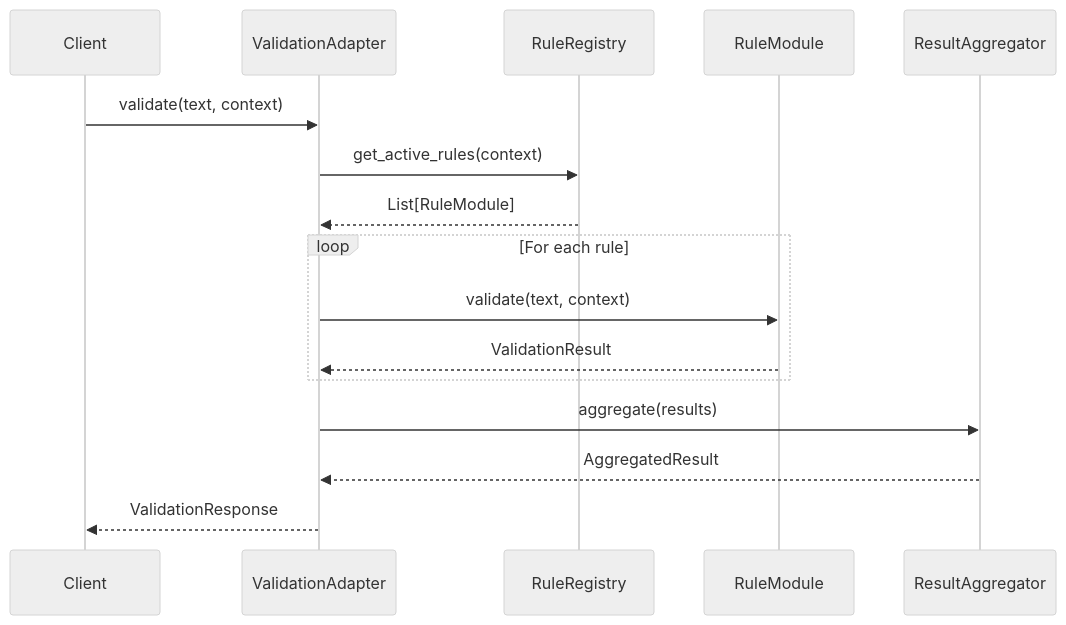
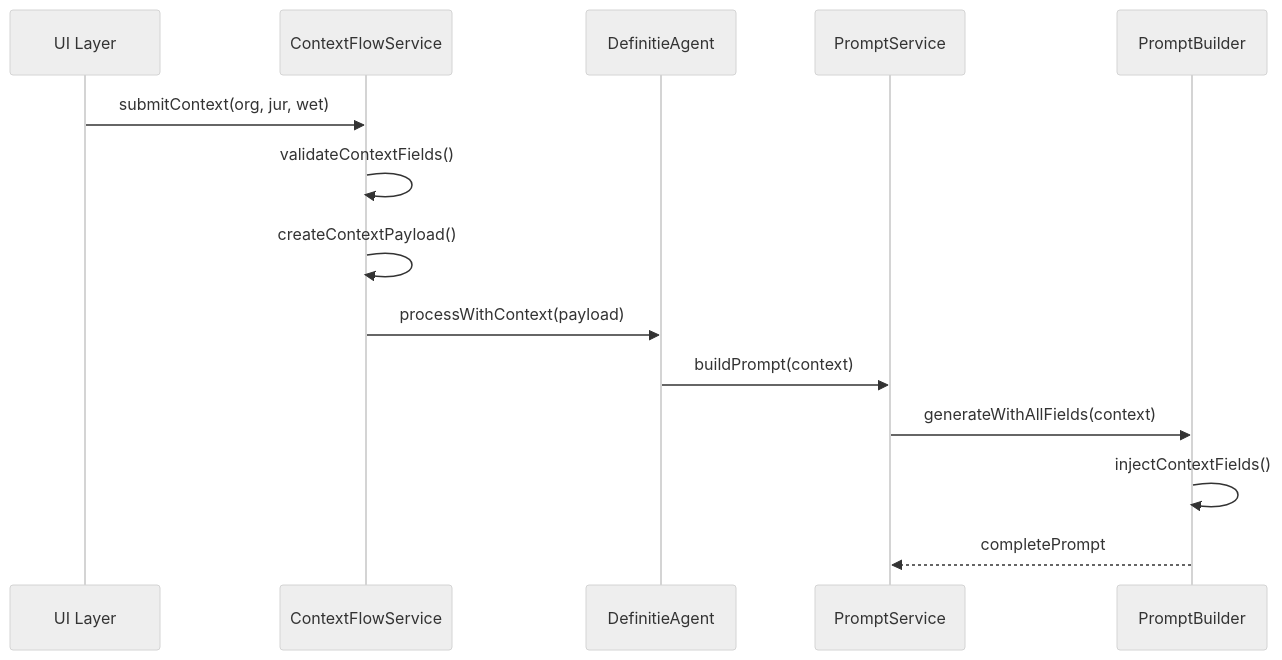
The first of 4 diagrams in docs/architectuur/SA.md (Chris-Lehnen-ICT-CONSULTING/Definitie-app-zakelijk), drawn with Mermaid (neutral theme) before and after one commit. The commit also changed other lines of this file and 22 other files, not shown here.

````diff
--- a/docs/architectuur/SA.md
+++ b/docs/architectuur/SA.md
@@ -244,21 +53,17 @@
 ```mermaid
 sequenceDiagram
-    participant Client
-    participant ValidationAdapter
-    participant RuleRegistry
-    participant RuleModule
-    participant ResultAggregator
+    participant UI as UI Layer
+    participant CFS as ContextFlowService
+    participant DA as DefinitieAgent
+    participant PS as PromptService
+    participant PB as PromptBuilder
 
-    Client->>ValidationAdapter: validate(text, context)
-    ValidationAdapter->>RuleRegistry: get_active_rules(context)
-    RuleRegistry-->>ValidationAdapter: List[RuleModule]
-
-    loop For each rule
-        ValidationAdapter->>RuleModule: validate(text, context)
-        RuleModule-->>ValidationAdapter: ValidationResult
-    end
-
-    ValidationAdapter->>ResultAggregator: aggregate(results)
-    ResultAggregator-->>ValidationAdapter: AggregatedResult
-    ValidationAdapter-->>Client: ValidationResponse
+    UI->>CFS: submitContext(org, jur, wet)
+    CFS->>CFS: validateContextFields()
+    CFS->>CFS: createContextPayload()
+    CFS->>DA: processWithContext(payload)
+    DA->>PS: buildPrompt(context)
+    PS->>PB: generateWithAllFields(context)
+    PB->>PB: injectContextFields()
+    PB-->>PS: completePrompt
 ```
````
